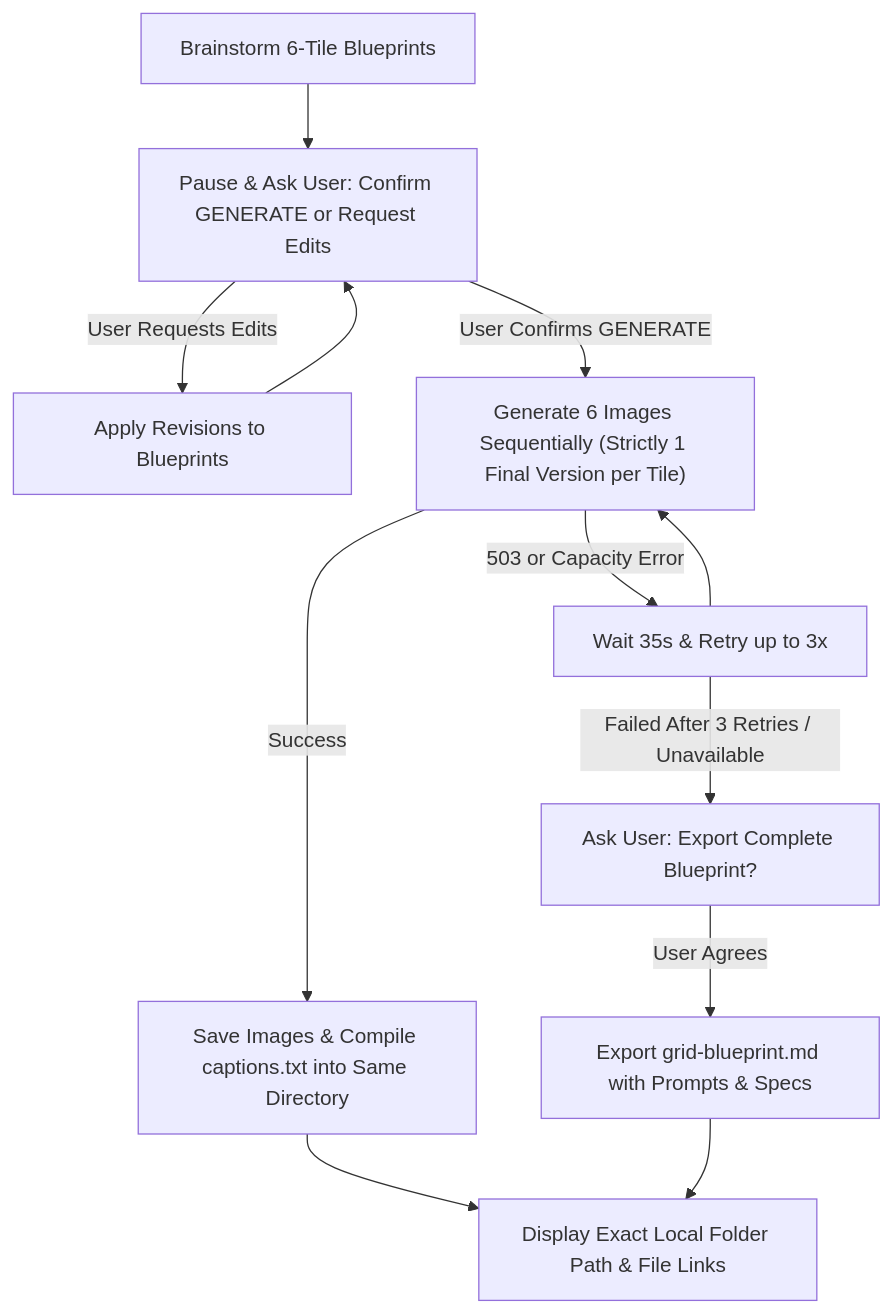
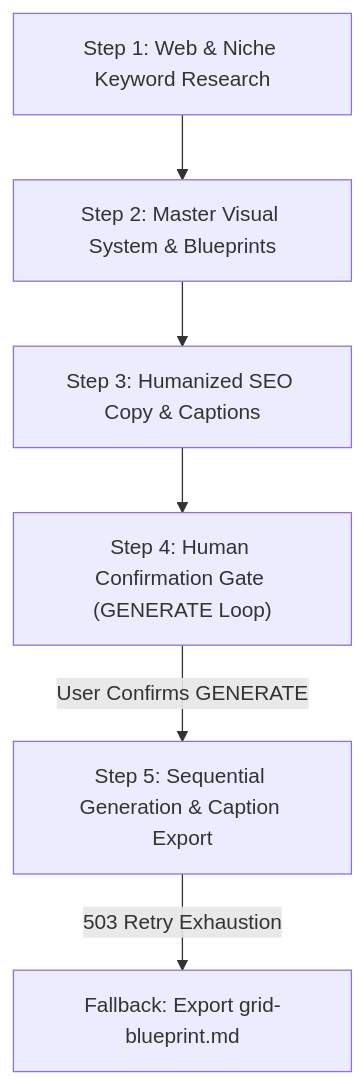
One commit to fryawhd-ctrl/ig-grid-brainstorm changed the diagram in README.md. Above: the diagram before and after it, drawn with Mermaid. The commit also changed other lines of this file and 6 other files, not shown here.

````diff
--- a/README.md
+++ b/README.md
@@ -49,14 +52,8 @@
 ```mermaid
 flowchart TD
-    A["Brainstorm 6-Tile Blueprints"] --> B["Pause & Ask User: Confirm GENERATE or Request Edits"]
-    B -->|User Requests Edits| C["Apply Revisions to Blueprints"]
-    C --> B
-    B -->|User Confirms GENERATE| D["Generate 6 Images Sequentially (Strictly 1 Final Version per Tile)"]
-    D -->|503 or Capacity Error| R["Wait 35s & Retry up to 3x"]
-    R --> D
-    D -->|Success| E["Save Images & Compile captions.txt into Same Directory"]
-    E --> F["Display Exact Local Folder Path & File Links"]
-    R -->|Failed After 3 Retries / Unavailable| G["Ask User: Export Complete Blueprint?"]
-    G -->|User Agrees| H["Export grid-blueprint.md with Prompts & Specs"]
-    H --> F
+    S1["Step 1: Web & Niche Keyword Research"] --> S2["Step 2: Master Visual System & Blueprints"]
+    S2 --> S3["Step 3: Humanized SEO Copy & Captions"]
+    S3 --> S4["Step 4: Human Confirmation Gate (GENERATE Loop)"]
+    S4 -->|User Confirms GENERATE| S5["Step 5: Sequential Generation & Caption Export"]
+    S5 -->|503 Retry Exhaustion| F["Fallback: Export grid-blueprint.md"]
 ```
````
